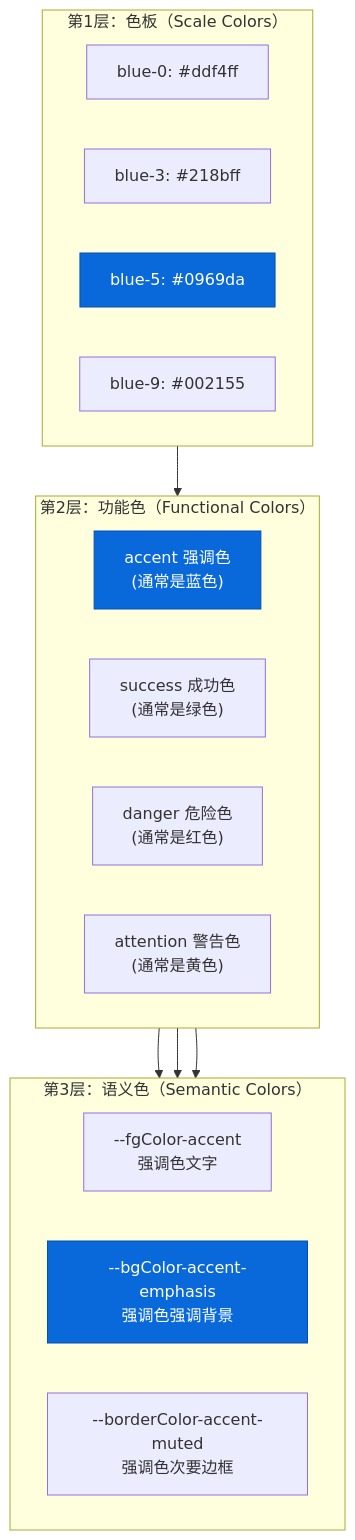
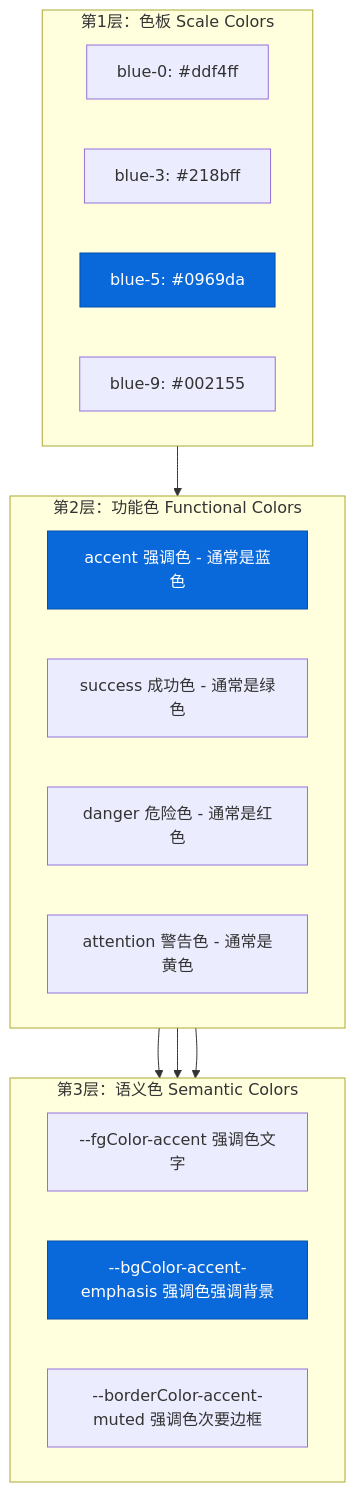
One commit to Cleam/primer-css changed the first of 5 diagrams in learn/05-color-system.md. Above: the diagram before and after it, drawn with Mermaid. The commit also changed other lines of this file and 10 other files, not shown here.

First line of the commit message:
Fix mermaid diagram syntax for GitHub rendering compatibility

````diff
--- a/learn/05-color-system.md
+++ b/learn/05-color-system.md
@@ -52,34 +52,34 @@
 ```mermaid
 graph TB
-    subgraph "第1层：色板（Scale Colors）"
+    subgraph "第1层：色板 Scale Colors"
         direction LR
         SC1["blue-0: #ddf4ff"]
         SC2["blue-3: #218bff"]
         SC3["blue-5: #0969da"]
         SC4["blue-9: #002155"]
     end
 
-    subgraph "第2层：功能色（Functional Colors）"
+    subgraph "第2层：功能色 Functional Colors"
         direction LR
-        FC1["accent 强调色<br/>(通常是蓝色)"]
-        FC2["success 成功色<br/>(通常是绿色)"]
-        FC3["danger 危险色<br/>(通常是红色)"]
-        FC4["attention 警告色<br/>(通常是黄色)"]
+        FC1["accent 强调色 - 通常是蓝色"]
+        FC2["success 成功色 - 通常是绿色"]
+        FC3["danger 危险色 - 通常是红色"]
+        FC4["attention 警告色 - 通常是黄色"]
     end
 
-    subgraph "第3层：语义色（Semantic Colors）"
+    subgraph "第3层：语义色 Semantic Colors"
         direction LR
-        SE1["--fgColor-accent<br/>强调色文字"]
-        SE2["--bgColor-accent-emphasis<br/>强调色强调背景"]
-        SE3["--borderColor-accent-muted<br/>强调色次要边框"]
+        SE1["--fgColor-accent 强调色文字"]
+        SE2["--bgColor-accent-emphasis 强调色强调背景"]
+        SE3["--borderColor-accent-muted 强调色次要边框"]
     end
 
     SC3 --> FC1
     FC1 --> SE1
     FC1 --> SE2
     FC1 --> SE3
 
     style SC3 fill:#0969da,stroke:#0550ae,color:#fff
     style FC1 fill:#0969da,stroke:#0550ae,color:#fff
     style SE2 fill:#0969da,stroke:#0550ae,color:#fff
 ```
````
